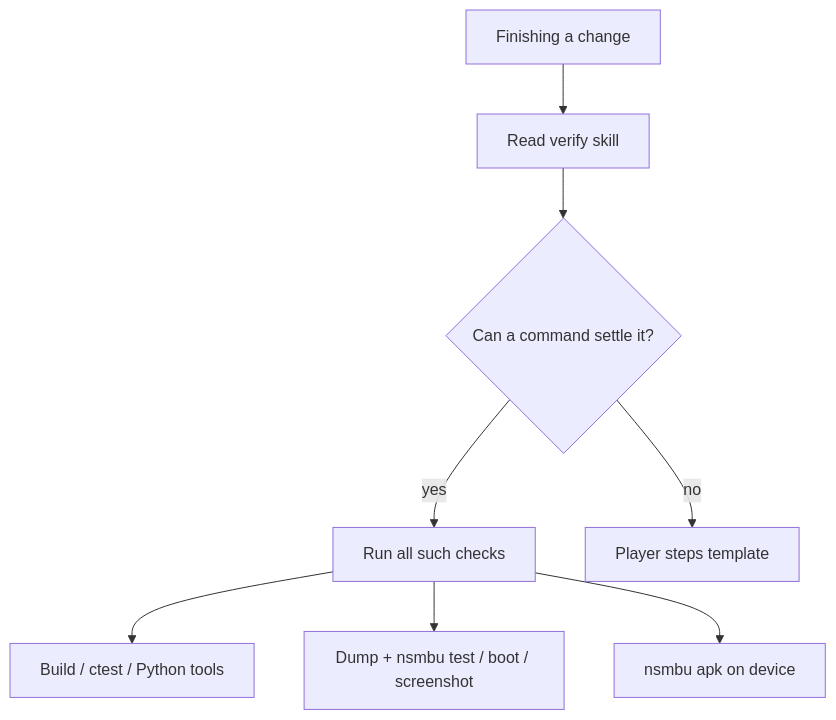
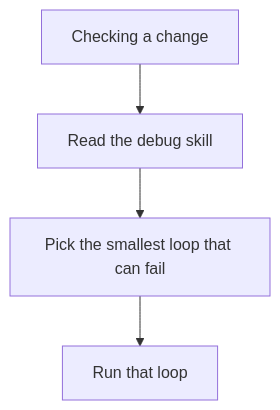
Before and after one commit to nsmbu-recomp/nsmbu-recomp: the diagram in docs/developer/verification.md, drawn with Mermaid. The commit also changed other lines of this file and 95 other files, not shown here.

First line of the commit message:
Replace the TypeScript CLI with --mcp on the debug game and a justfile.

````diff
--- a/docs/developer/verification.md
+++ b/docs/developer/verification.md
@@ -34,11 +24,7 @@
 ```mermaid
 flowchart TD
-  done[Finishing a change]
-  done --> readVerify[Read verify skill]
-  readVerify --> canCmd{Can a command settle it?}
-  canCmd -->|yes| runAll[Run all such checks]
-  canCmd -->|no| player[Player steps template]
-  runAll --> buildOnly[Build / ctest / Python tools]
-  runAll --> gameNeed[Dump + nsmbu test / boot / screenshot]
-  runAll --> android[nsmbu apk on device]
+  done[Checking a change]
+  done --> readDebug[Read the debug skill]
+  readDebug --> pick[Pick the smallest loop that can fail]
+  pick --> run[Run that loop]
 ```
````
